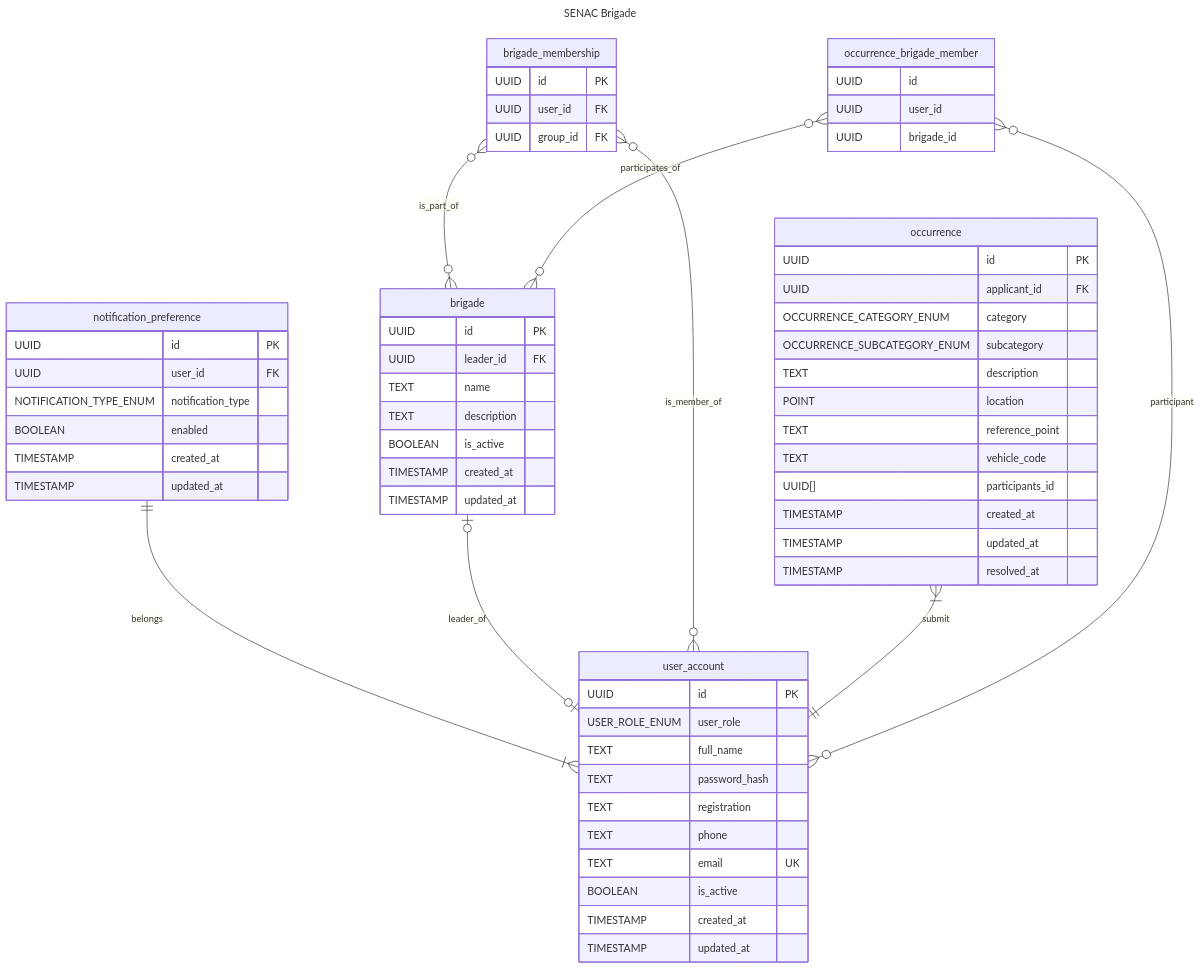
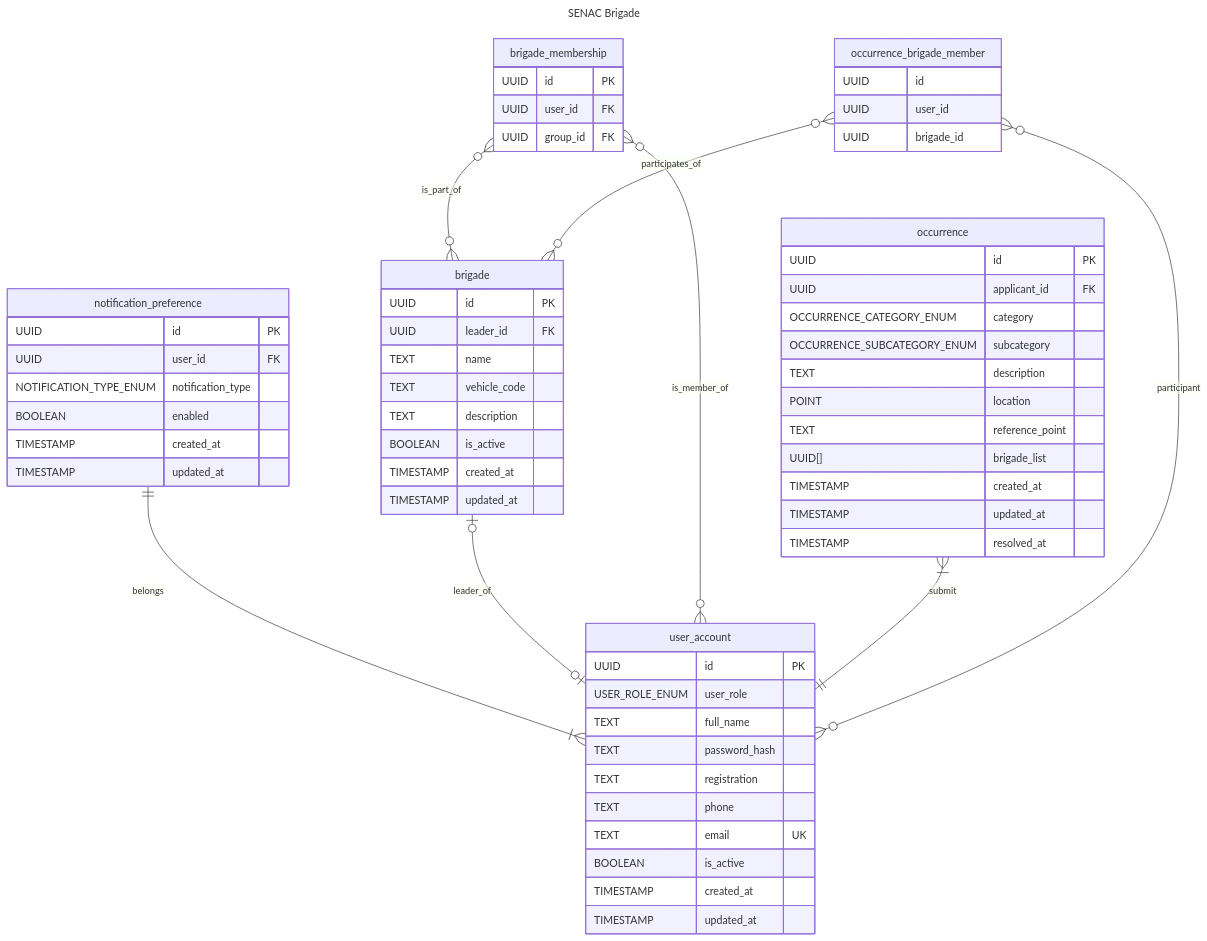
Before and after one commit to Kacaii/senac-brigade-server: the diagram in README.md, drawn with Mermaid.

Commit message:
:memo: move vehicle_code to briagadade table in ERM

````diff
--- a/README.md
+++ b/README.md
@@ -37,73 +37,73 @@
 ```mermaid
 ---
 title: SENAC Brigade
 ---
 
 erDiagram
 
     user_account {
         UUID id PK
         USER_ROLE_ENUM user_role
         TEXT full_name
         TEXT password_hash
         TEXT registration
         TEXT phone
         TEXT email UK
         BOOLEAN is_active
         TIMESTAMP created_at
         TIMESTAMP updated_at
     }
 
     notification_preference ||--|{ user_account : belongs
     notification_preference {
         UUID id PK
         UUID user_id FK
         NOTIFICATION_TYPE_ENUM notification_type
         BOOLEAN enabled
         TIMESTAMP created_at
         TIMESTAMP updated_at
     }
 
     brigade |o--o| user_account : leader_of
     brigade {
         UUID id PK
         UUID leader_id FK
         TEXT name
+        TEXT vehicle_code
         TEXT description
         BOOLEAN is_active
         TIMESTAMP created_at
         TIMESTAMP updated_at
     }
 
     brigade_membership }o--o{ user_account : is_member_of
     brigade_membership }o--o{ brigade : is_part_of
     brigade_membership {
         UUID id PK
         UUID user_id FK
         UUID group_id FK
     }
 
     occurrence }|--|| user_account : submit
     occurrence {
         UUID id PK
         UUID applicant_id FK
         OCCURRENCE_CATEGORY_ENUM category
         OCCURRENCE_SUBCATEGORY_ENUM subcategory
         TEXT description
         POINT location
         TEXT reference_point
-        TEXT vehicle_code
-        UUID[] participants_id
+        UUID[] brigade_list
         TIMESTAMP created_at
         TIMESTAMP updated_at
         TIMESTAMP resolved_at
     }
 
     occurrence_brigade_member }o--o{ user_account : participant
     occurrence_brigade_member }o--o{ brigade : participates_of
     occurrence_brigade_member {
         UUID id
         UUID user_id
         UUID brigade_id
     }
 ```
````
